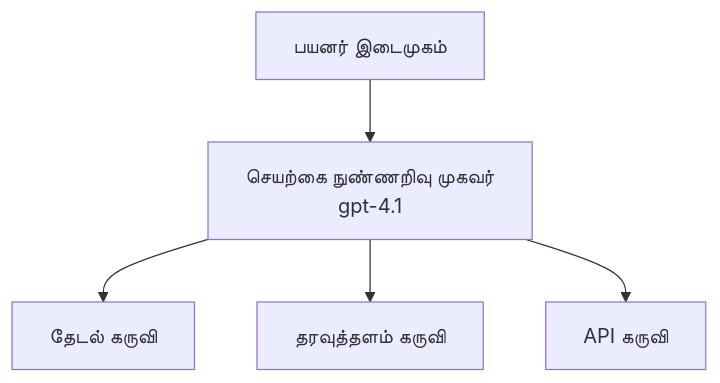
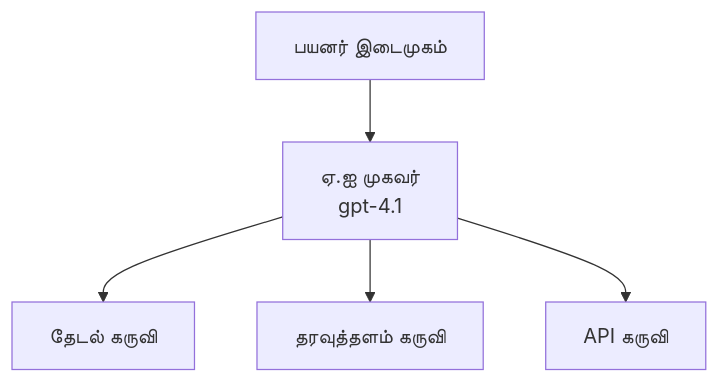
The first of 3 diagrams in translations/ta/docs/chapter-02-ai-development/agents.md (microsoft/AZD-for-beginners), drawn with Mermaid before and after one commit. The commit also changed other lines of this file and 61 other files, not shown here.

````diff
--- a/translations/ta/docs/chapter-02-ai-development/agents.md
+++ b/translations/ta/docs/chapter-02-ai-development/agents.md
@@ -162,7 +162,7 @@
 ```mermaid
 graph TD
-    UI[பயனர் இடைமுகம்] --> Agent[செயற்கை நுண்ணறிவு முகவர்<br/>gpt-4.1]
+    UI[பயனர் இடைமுகம்] --> Agent[ஏ.ஐ முகவர்<br/>gpt-4.1]
     Agent --> Search[தேடல் கருவி]
     Agent --> Database[தரவுத்தளம் கருவி]
     Agent --> API[API கருவி]
 ```
````
